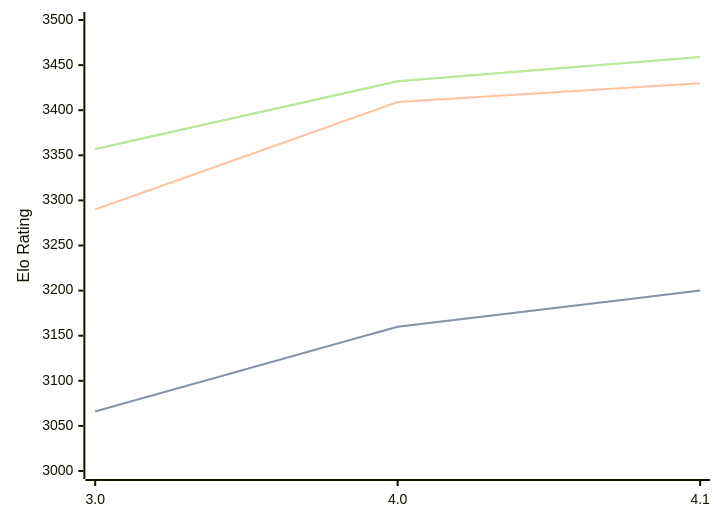
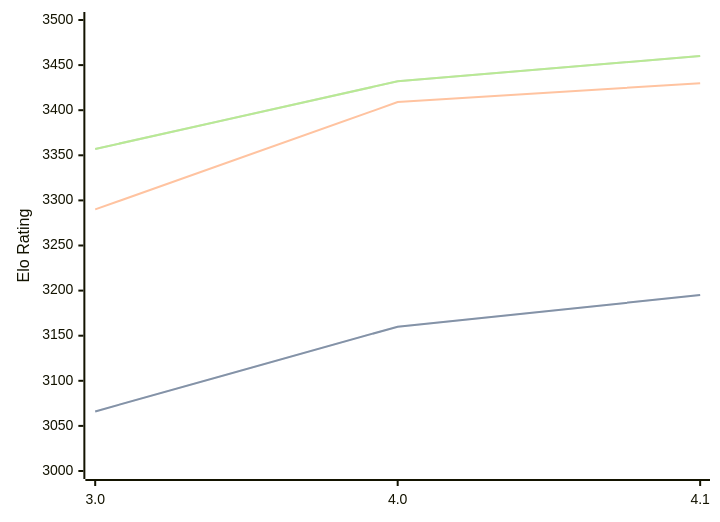
One commit to computer-chess-index/cci changed the diagram in engines/Eleanor.md. Above: the diagram before and after it, drawn with Mermaid. The commit also changed other lines of this file, not shown here.

Commit message:
Update CCI Ratings (ELO VLTC) - 2026-04-29

````diff
--- a/engines/Eleanor.md
+++ b/engines/Eleanor.md
@@ -35,11 +35,11 @@
 ```mermaid
 %%{init: {"theme":"base","themeVariables":{"seriesColors:['#a3a3a3','#222221','#faa371']}}}%%
 xychart-beta
   x-axis ["3.0", "4.0", "4.1"]
   y-axis "Elo Rating" 3000 --> 3500
-  line "STC (8.0+0.08s)" [3066, 3160, 3200]
-  line "STC (8.0+0.08s)" [3066, 3160, 3200]
+  line "STC (8.0+0.08s)" [3066, 3160, 3195]
+  line "STC (8.0+0.08s)" [3066, 3160, 3195]
   line "LTC (60.0+0.60s)" [3290, 3409, 3430]
-  line "VLTC (2m24s+1.12s)" [3357, 3432, 3459]
-  line "VLTC (2m24s+1.12s)" [3357, 3432, 3459]
+  line "VLTC (2m24s+1.12s)" [3357, 3432, 3460]
+  line "VLTC (2m24s+1.12s)" [3357, 3432, 3460]
 ```
````
